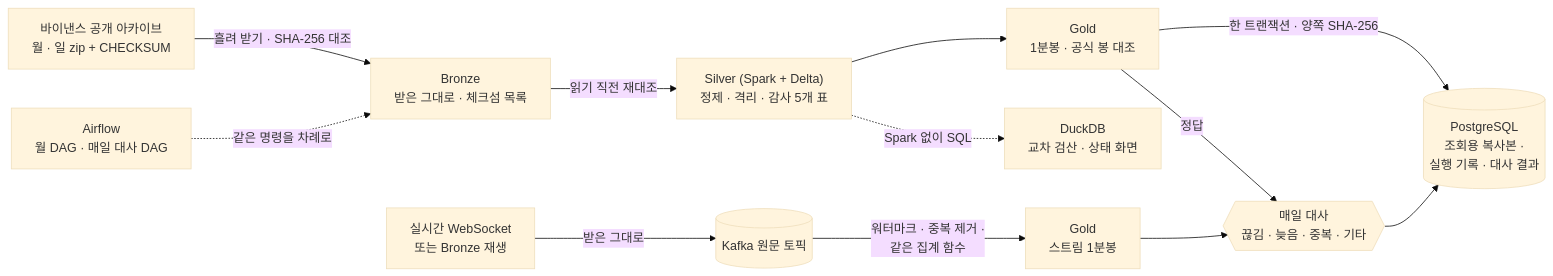
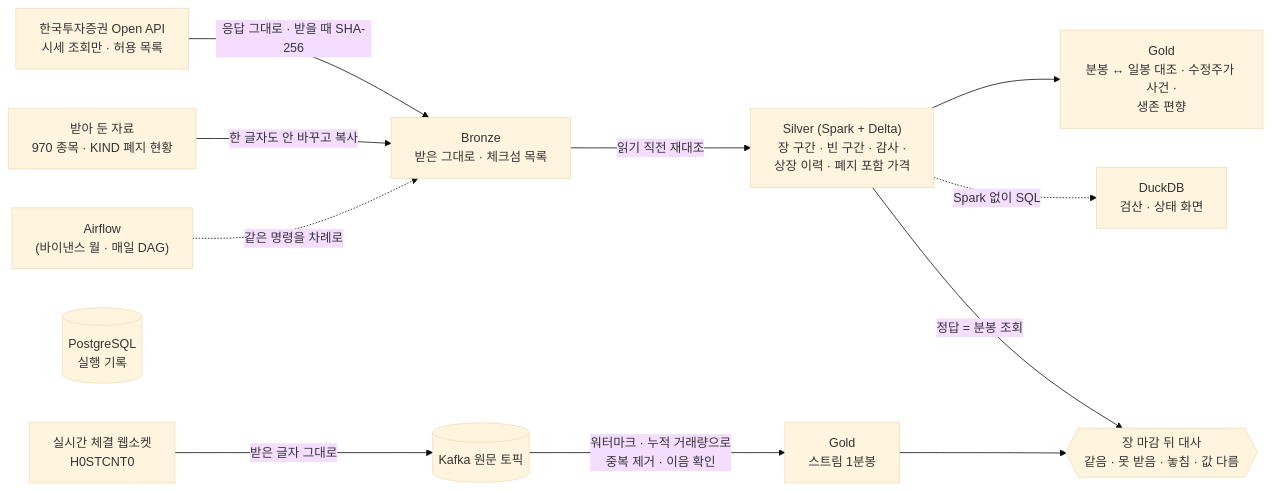
One commit to seoloo/Market_Data_Platform changed the diagram in README.md. Above: the diagram before and after it, drawn with Mermaid (base theme). The commit also changed other lines of this file and 9 other files, not shown here.

````diff
--- a/README.md
+++ b/README.md
@@ -63,14 +105,14 @@
 ```mermaid
 flowchart LR
-    SRC["바이낸스 공개 아카이브<br/>월 · 일 zip + CHECKSUM"] -->|흘려 받기 · SHA-256 대조| BRZ["Bronze<br/>받은 그대로 · 체크섬 목록"]
-    BRZ -->|읽기 직전 재대조| SLV["Silver (Spark + Delta)<br/>정제 · 격리 · 감사 5개 표"]
-    SLV --> GLD["Gold<br/>1분봉 · 공식 봉 대조"]
-    GLD -->|한 트랜잭션 · 양쪽 SHA-256| PG[("PostgreSQL<br/>조회용 복사본 ·<br/>실행 기록 · 대사 결과")]
-    SLV -. Spark 없이 SQL .-> DUCK["DuckDB<br/>교차 검산 · 상태 화면"]
-    WS["실시간 WebSocket<br/>또는 Bronze 재생"] -->|받은 그대로| KFK[("Kafka 원문 토픽")]
-    KFK -->|"워터마크 · 중복 제거 ·<br/>같은 집계 함수"| SB["Gold<br/>스트림 1분봉"]
-    SB --> REC{{"매일 대사<br/>끊김 · 늦음 · 중복 · 기타"}}
-    GLD -->|정답| REC
-    REC --> PG
-    AF["Airflow<br/>월 DAG · 매일 대사 DAG"] -. 같은 명령을 차례로 .-> BRZ
+    KIS["한국투자증권 Open API<br/>시세 조회만 · 허용 목록"] -->|응답 그대로 · 받을 때 SHA-256| BRZ["Bronze<br/>받은 그대로 · 체크섬 목록"]
+    OLD["받아 둔 자료<br/>970 종목 · KIND 폐지 현황"] -->|한 글자도 안 바꾸고 복사| BRZ
+    BRZ -->|읽기 직전 재대조| SLV["Silver (Spark + Delta)<br/>장 구간 · 빈 구간 · 감사 ·<br/>상장 이력 · 폐지 포함 가격"]
+    SLV --> GLD["Gold<br/>분봉 ↔ 일봉 대조 · 수정주가 사건 ·<br/>생존 편향"]
+    SLV -. Spark 없이 SQL .-> DUCK["DuckDB<br/>검산 · 상태 화면"]
+    WS["실시간 체결 웹소켓<br/>H0STCNT0"] -->|받은 글자 그대로| KFK[("Kafka 원문 토픽")]
+    KFK -->|"워터마크 · 누적 거래량으로<br/>중복 제거 · 이음 확인"| SB["Gold<br/>스트림 1분봉"]
+    SB --> REC{{"장 마감 뒤 대사<br/>같음 · 못 받음 · 놓침 · 값 다름"}}
+    SLV -->|정답 = 분봉 조회| REC
+    RUN[("PostgreSQL<br/>실행 기록")]
+    AF["Airflow<br/>(바이낸스 월 · 매일 DAG)"] -. 같은 명령을 차례로 .-> BRZ
 ```
````
